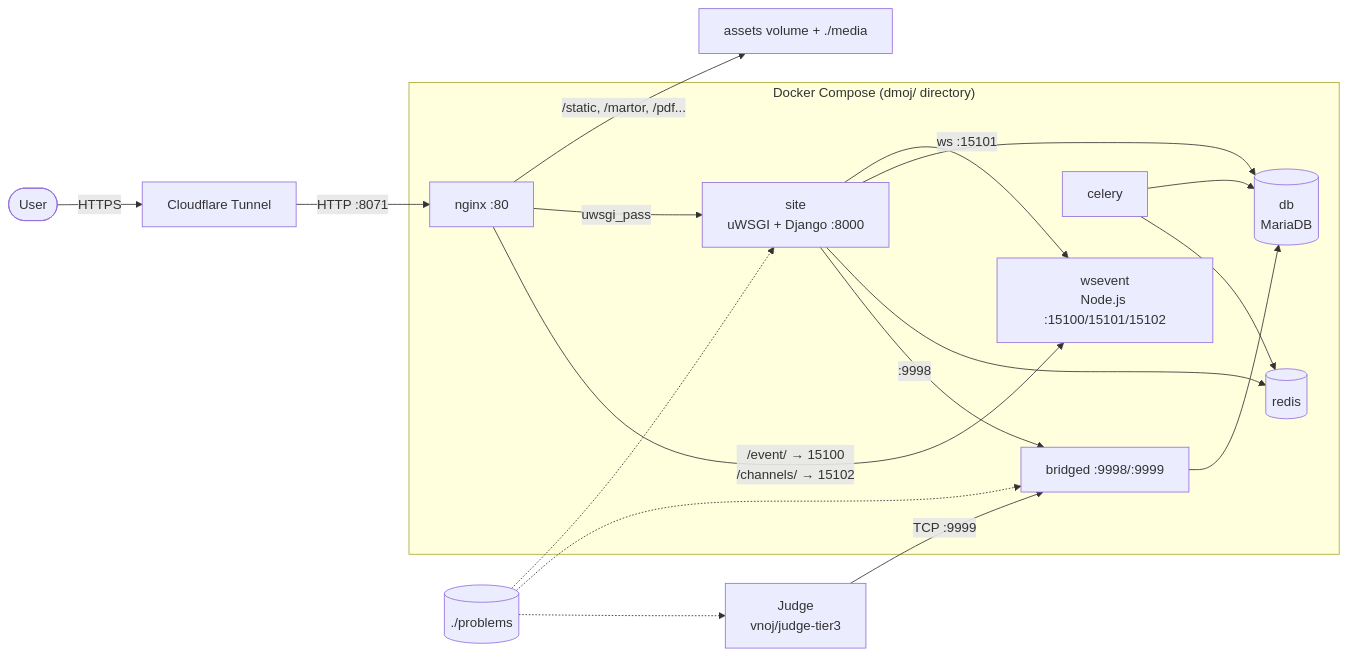
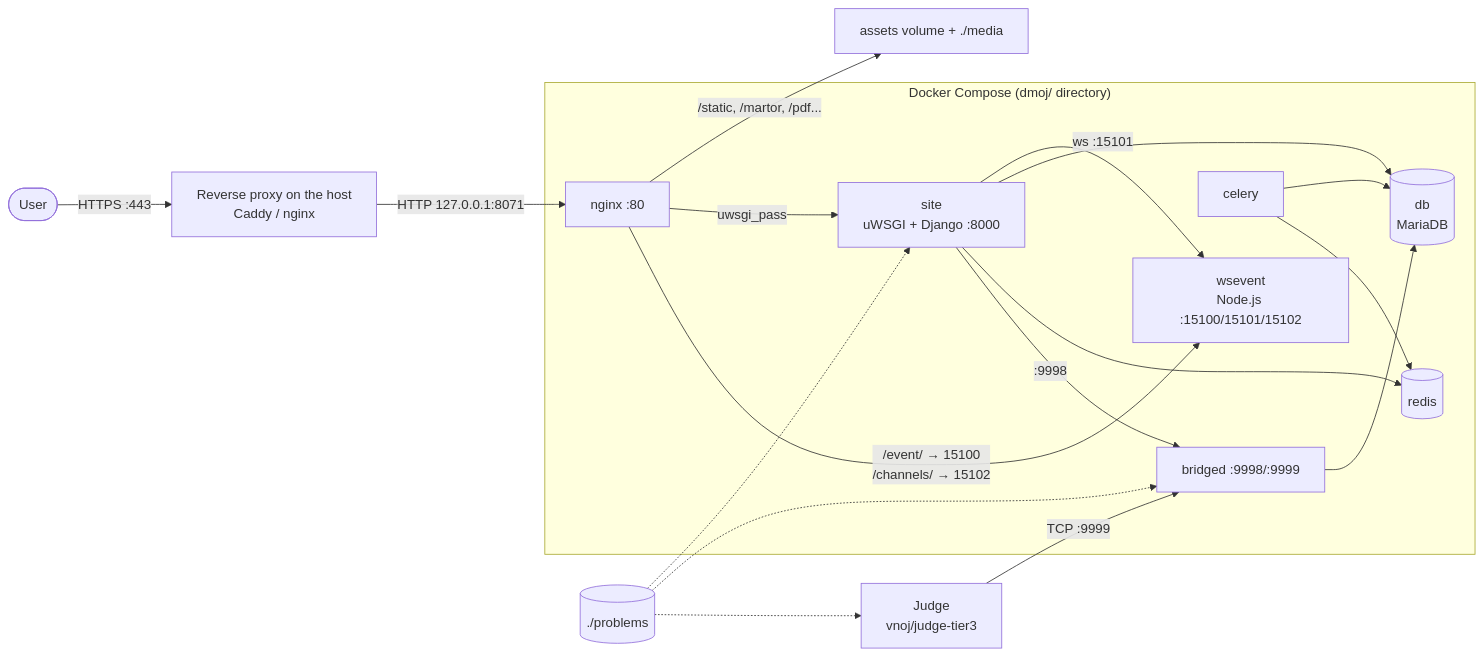
One commit to luyencode/docs changed the diagram in src/en/operate/architecture.md. Above: the diagram before and after it, drawn with Mermaid. The commit also changed other lines of this file and 70 other files, not shown here.

````diff
--- a/src/en/operate/architecture.md
+++ b/src/en/operate/architecture.md
@@ -21,30 +21,30 @@
 ```mermaid
 flowchart LR
-    user([User]) -->|HTTPS| cf[Cloudflare Tunnel]
-    cf -->|HTTP :8071| nginx
+    user([User]) -->|HTTPS :443| proxy["Reverse proxy on the host<br/>Caddy / nginx"]
+    proxy -->|"HTTP 127.0.0.1:8071"| nginx
 
     subgraph compose["Docker Compose (dmoj/ directory)"]
         nginx[nginx :80]
         site[site<br/>uWSGI + Django :8000]
         wsevent[wsevent<br/>Node.js :15100/15101/15102]
         celery[celery]
         bridged[bridged :9998/:9999]
         db[(db<br/>MariaDB)]
         redis[(redis)]
     end
 
     nginx -->|"/static, /martor, /pdf..."| files["assets volume + ./media"]
     nginx -->|uwsgi_pass| site
     nginx -->|"/event/ → 15100<br/>/channels/ → 15102"| wsevent
     site -->|ws :15101| wsevent
     site --> db
     site --> redis
     site -->|:9998| bridged
     celery --> db
     celery --> redis
     bridged --> db
     judges[Judge<br/>vnoj/judge-tier3] -->|TCP :9999| bridged
     problems[(./problems)] -.-> site
     problems -.-> bridged
     problems -.-> judges
 ```
````
